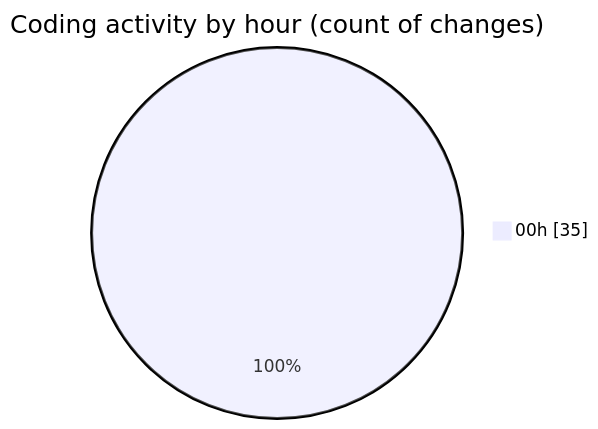
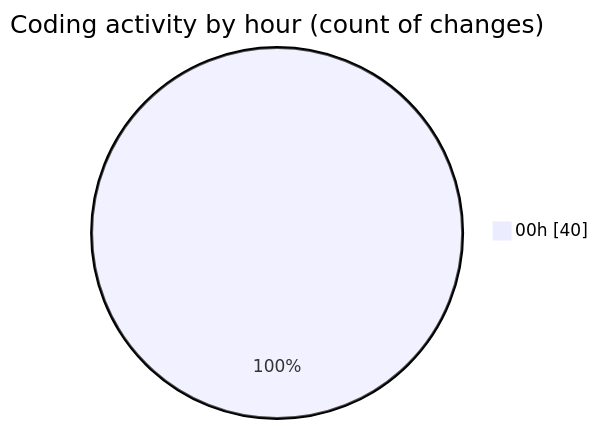
The second of 2 diagrams in 2025-06-18/cda/README.md (momahboobian/code-tracking), drawn with Mermaid before and after one commit. The commit also changed other lines of this file and 1 other file, not shown here.

````diff
--- a/2025-06-18/cda/README.md
+++ b/2025-06-18/cda/README.md
@@ -34,5 +34,5 @@
 ```mermaid
 pie showData
 title Coding activity by hour (count of changes)
-"00h" : 35
+"00h" : 40
 ```
````
